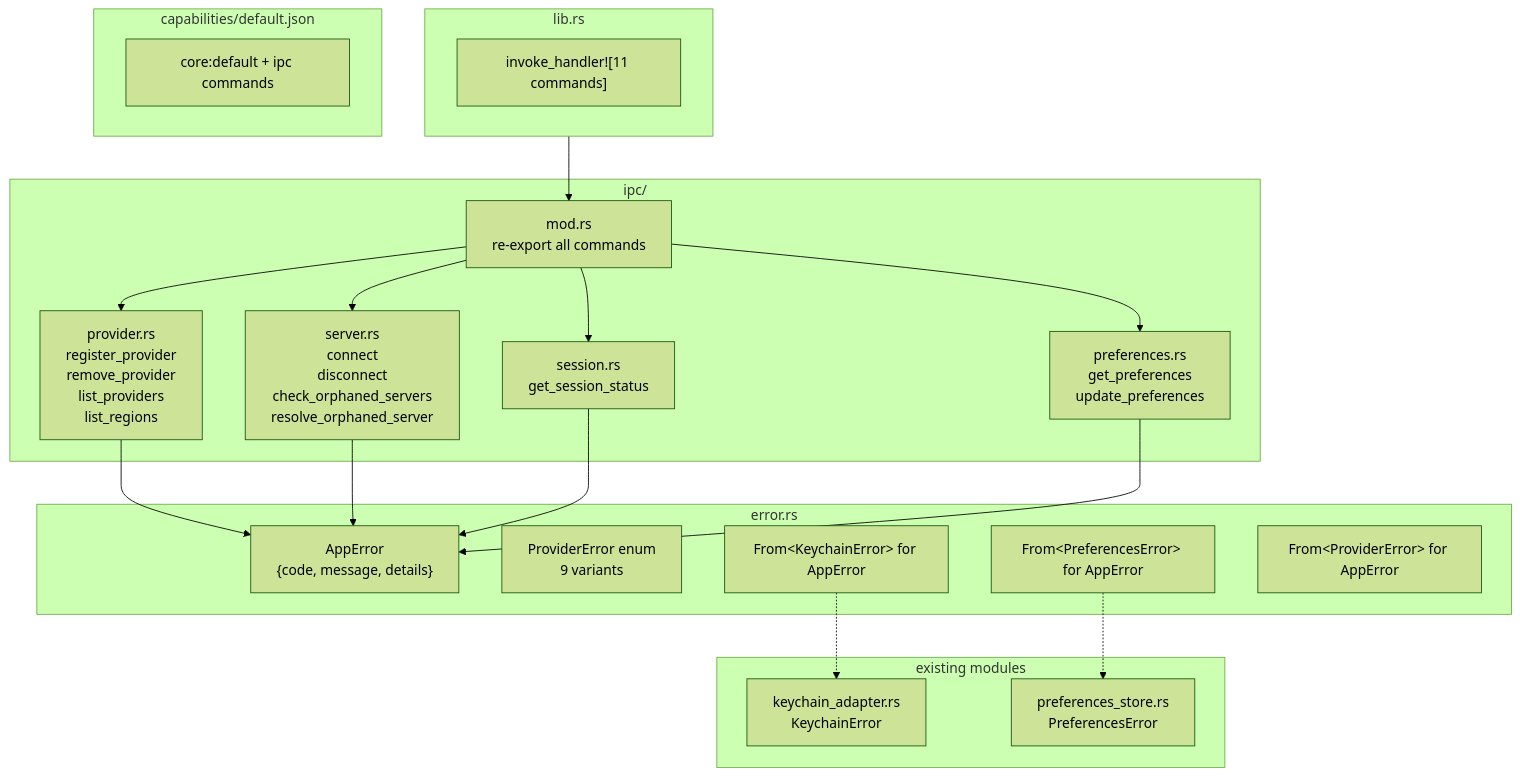
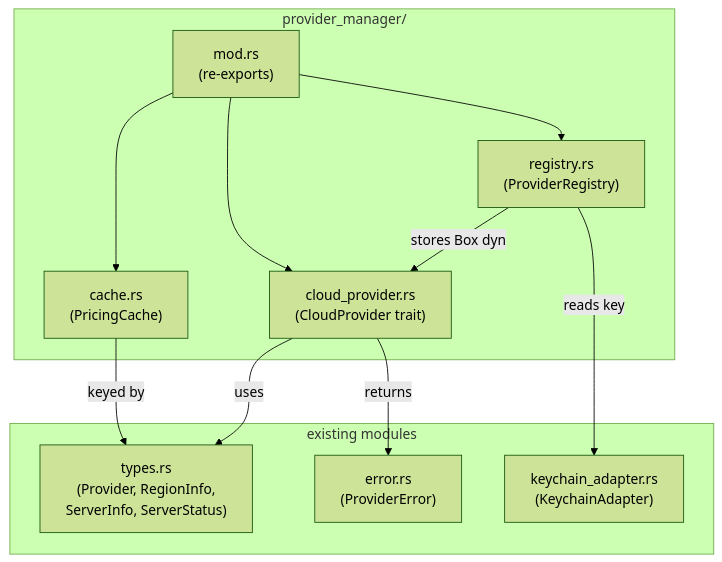
One commit to saemanas/oh-my-vpn changed the diagram in PLAN.md. Above: the diagram before and after it, drawn with Mermaid (forest theme). The commit also changed other lines of this file and 9 other files, not shown here.

First line of the commit message:
feat(provider-manager): implement CloudProvider trait, PricingCache, and ProviderRegistry (M2.1) (#40)

````diff
--- a/PLAN.md
+++ b/PLAN.md
@@ -72,43 +64,24 @@
 ```mermaid
 flowchart TD
-    subgraph error_rs["error.rs"]
-        AppError["AppError<br/>{code, message, details}"]
-        ProviderError["ProviderError enum<br/>9 variants"]
-        FromKC["From&lt;KeychainError&gt; for AppError"]
-        FromPE["From&lt;PreferencesError&gt; for AppError"]
-        FromPV["From&lt;ProviderError&gt; for AppError"]
-    end
-
-    subgraph ipc_mod["ipc/"]
-        mod_rs["mod.rs<br/>re-export all commands"]
-        provider_rs["provider.rs<br/>register_provider<br/>remove_provider<br/>list_providers<br/>list_regions"]
-        server_rs["server.rs<br/>connect<br/>disconnect<br/>check_orphaned_servers<br/>resolve_orphaned_server"]
-        session_rs["session.rs<br/>get_session_status"]
-        preferences_rs["preferences.rs<br/>get_preferences<br/>update_preferences"]
+    subgraph provider_manager["provider_manager/"]
+        mod_rs["mod.rs<br/>(re-exports)"]
+        cloud_provider["cloud_provider.rs<br/>(CloudProvider trait)"]
+        registry["registry.rs<br/>(ProviderRegistry)"]
+        cache["cache.rs<br/>(PricingCache)"]
     end
 
     subgraph existing["existing modules"]
-        KA["keychain_adapter.rs<br/>KeychainError"]
-        PS["preferences_store.rs<br/>PreferencesError"]
+        types["types.rs<br/>(Provider, RegionInfo,<br/>ServerInfo, ServerStatus)"]
+        error["error.rs<br/>(ProviderError)"]
+        keychain["keychain_adapter.rs<br/>(KeychainAdapter)"]
     end
 
-    subgraph lib["lib.rs"]
-        invoke["invoke_handler![11 commands]"]
-    end
-
-    subgraph caps["capabilities/default.json"]
-        perms["core:default + ipc commands"]
-    end
-
-    mod_rs --> provider_rs
-    mod_rs --> server_rs
-    mod_rs --> session_rs
-    mod_rs --> preferences_rs
-    provider_rs --> AppError
-    server_rs --> AppError
-    session_rs --> AppError
-    preferences_rs --> AppError
-    FromKC -.-> KA
-    FromPE -.-> PS
-    lib --> mod_rs
+    cloud_provider -->|"uses"| types
+    cloud_provider -->|"returns"| error
+    registry -->|"stores Box dyn"| cloud_provider
+    registry -->|"reads key"| keychain
+    cache -->|"keyed by"| types
+    mod_rs --> cloud_provider
+    mod_rs --> registry
+    mod_rs --> cache
 ```
````
